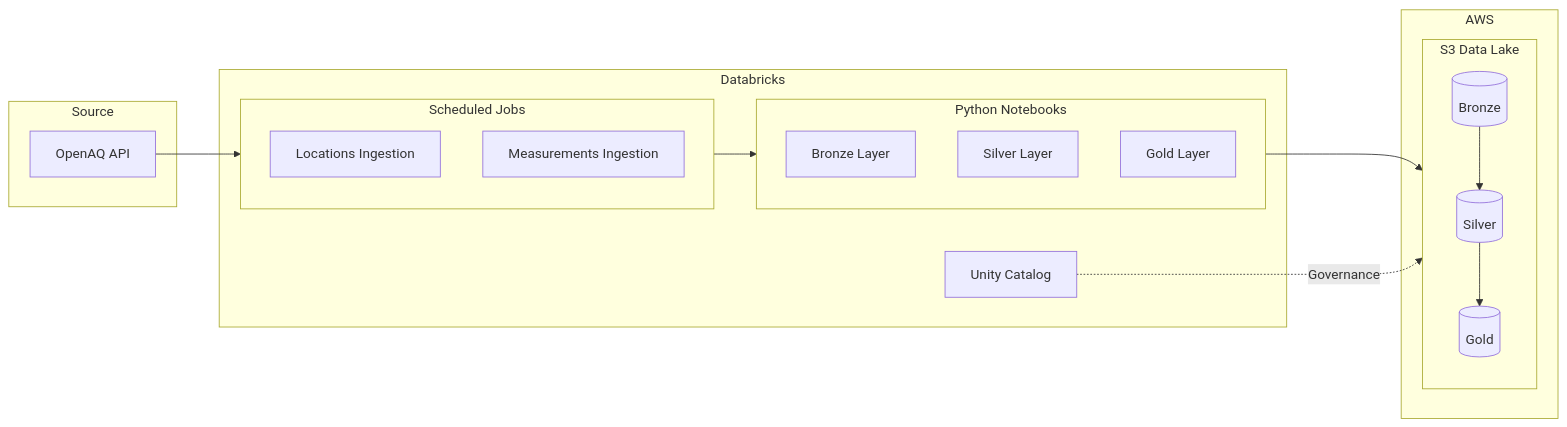
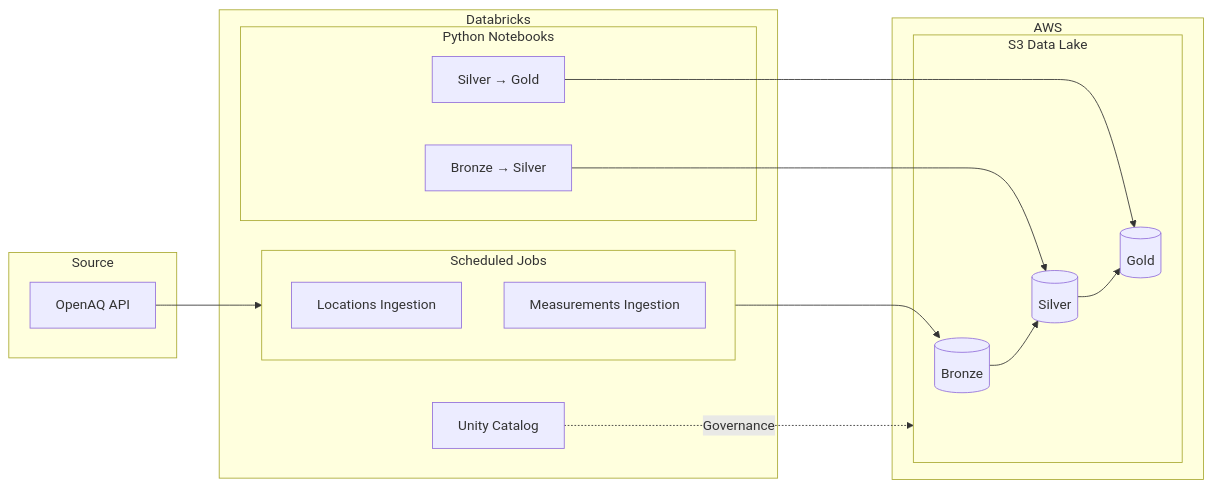
Before and after one commit to aegnor8/databricks-airquality-canada: the diagram in README.md, drawn with Mermaid.

Commit message:
Revise data architecture layers in README
Updated the README to reflect changes in the data architecture layers and their relationships.

````diff
--- a/README.md
+++ b/README.md
@@ -11,33 +11,34 @@
 ```mermaid
 flowchart LR
     subgraph Source
         API[OpenAQ API]
     end
     
     subgraph Databricks
         subgraph Jobs[Scheduled Jobs]
             J1[Locations Ingestion]
             J2[Measurements Ingestion]
         end
         subgraph Notebooks[Python Notebooks]
-            N1[Bronze Layer]
-            N2[Silver Layer]
-            N3[Gold Layer]
+            N1[Bronze → Silver]
+            N2[Silver → Gold]
         end
         UC[Unity Catalog]
     end
     
     subgraph AWS
         subgraph S3[S3 Data Lake]
             B[(Bronze)]
             Si[(Silver)]
             G[(Gold)]
         end
     end
     
     API --> Jobs
-    Jobs --> Notebooks
-    Notebooks --> S3
+    Jobs --> B
+    N1 --> Si
+    N2 --> G
     B --> Si --> G
     UC -.->|Governance| S3
+
 ```
````
